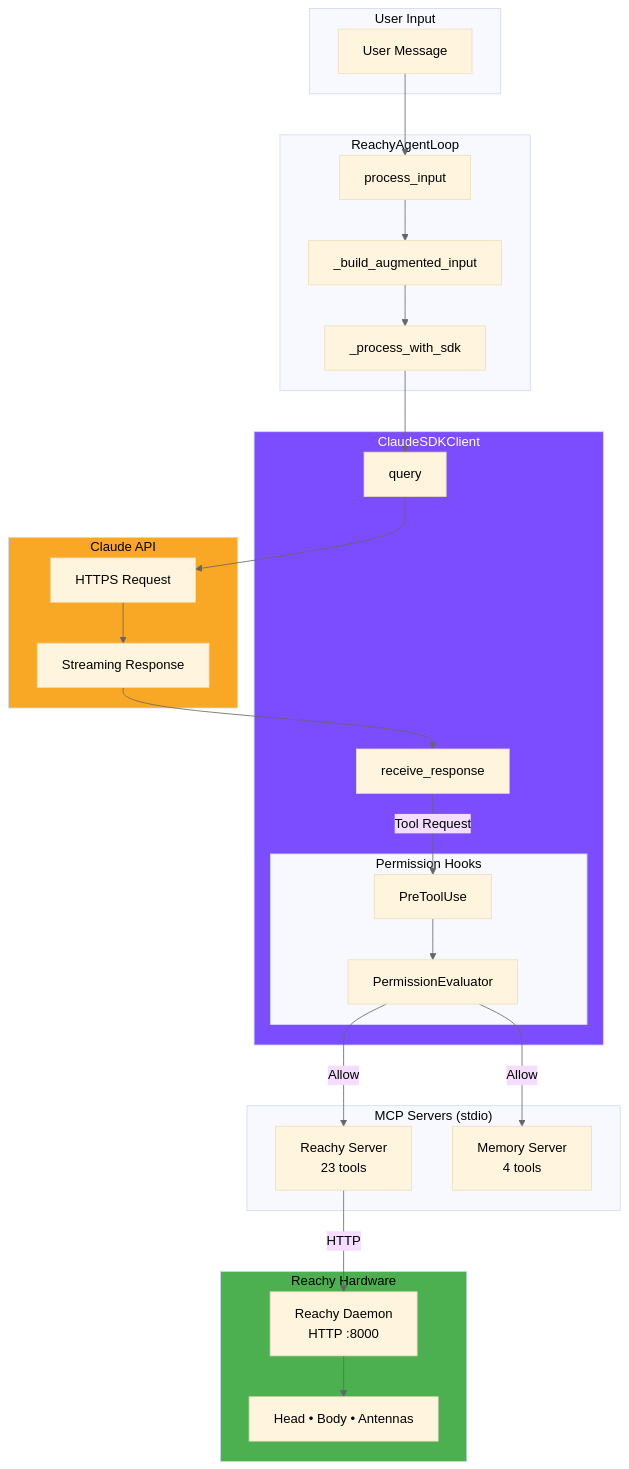
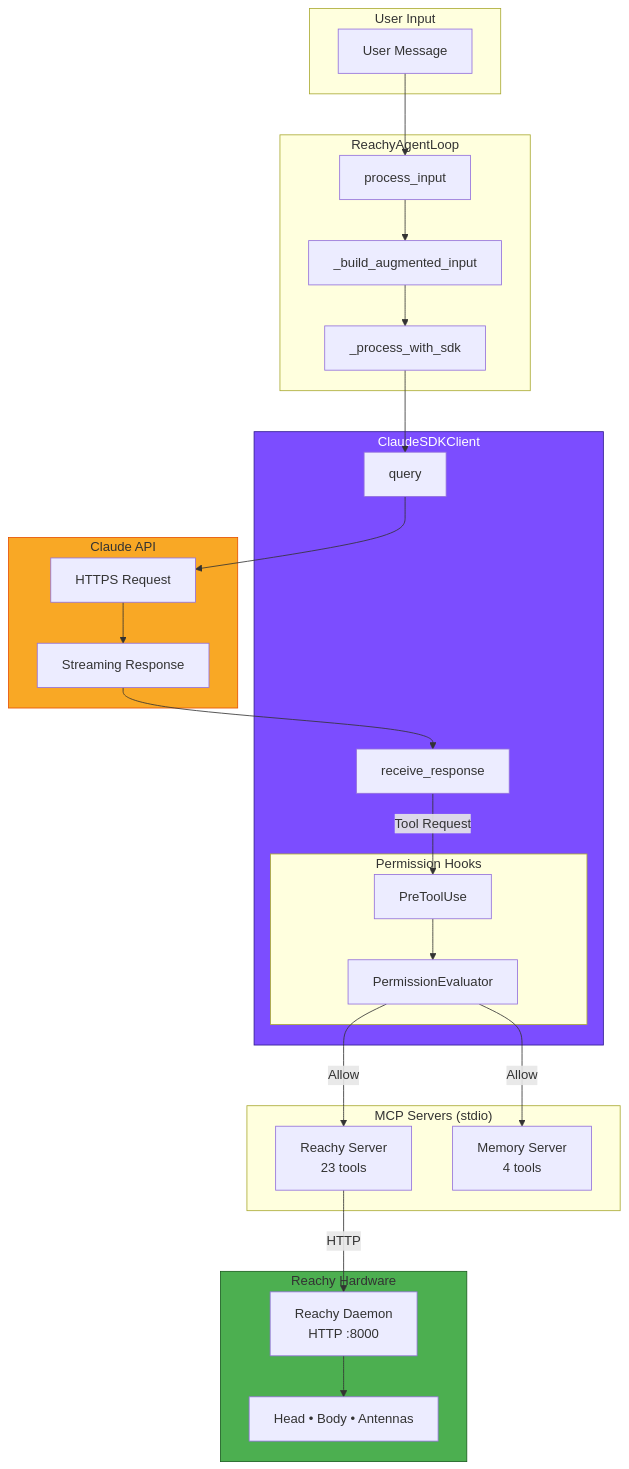
The third of 3 diagrams in docs/architecture/agent-loop.md (jawhnycooke/claude-in-the-shell), drawn with Mermaid before and after one commit. The commit also changed other lines of this file and 2 other files, not shown here.

First line of the commit message:
Improve MkDocs theme with light mode default and cleaner Mermaid diagrams

````diff
--- a/docs/architecture/agent-loop.md
+++ b/docs/architecture/agent-loop.md
@@ -233,58 +233,58 @@
 ```mermaid
-%%{init: {'theme': 'base', 'themeVariables': { 'primaryTextColor': '#000', 'secondaryTextColor': '#000', 'tertiaryTextColor': '#000', 'lineColor': '#666'}}}%%
+%%{init: {'theme': 'default'}}%%
 flowchart TB
     subgraph Input["User Input"]
         USER[User Message]
     end
 
     subgraph Agent["ReachyAgentLoop"]
         PROCESS[process_input]
         AUGMENT[_build_augmented_input]
         SDK_PROCESS[_process_with_sdk]
     end
 
     subgraph SDK["ClaudeSDKClient"]
         QUERY[query]
         STREAM[receive_response]
 
         subgraph Hooks["Permission Hooks"]
             PRE[PreToolUse]
             EVAL[PermissionEvaluator]
         end
     end
 
     subgraph Claude["Claude API"]
         API[HTTPS Request]
         RESPONSE[Streaming Response]
     end
 
     subgraph MCP["MCP Servers (stdio)"]
         REACHY_MCP[Reachy Server<br/>23 tools]
         MEMORY_MCP[Memory Server<br/>4 tools]
     end
 
     subgraph Hardware["Reachy Hardware"]
         DAEMON[Reachy Daemon<br/>HTTP :8000]
         ROBOT[Head • Body • Antennas]
     end
 
     USER --> PROCESS
     PROCESS --> AUGMENT
     AUGMENT --> SDK_PROCESS
     SDK_PROCESS --> QUERY
     QUERY --> API
     API --> RESPONSE
     RESPONSE --> STREAM
 
     STREAM -->|Tool Request| PRE
     PRE --> EVAL
     EVAL -->|Allow| REACHY_MCP
     EVAL -->|Allow| MEMORY_MCP
 
     REACHY_MCP -->|HTTP| DAEMON
     DAEMON --> ROBOT
 
-    style SDK fill:#7c4dff,color:#fff
-    style Claude fill:#f9a825
-    style Hardware fill:#4caf50
+    style SDK fill:#7c4dff,stroke:#311b92,color:#fff
+    style Claude fill:#f9a825,stroke:#e65100
+    style Hardware fill:#4caf50,stroke:#1b5e20
 ```
````
